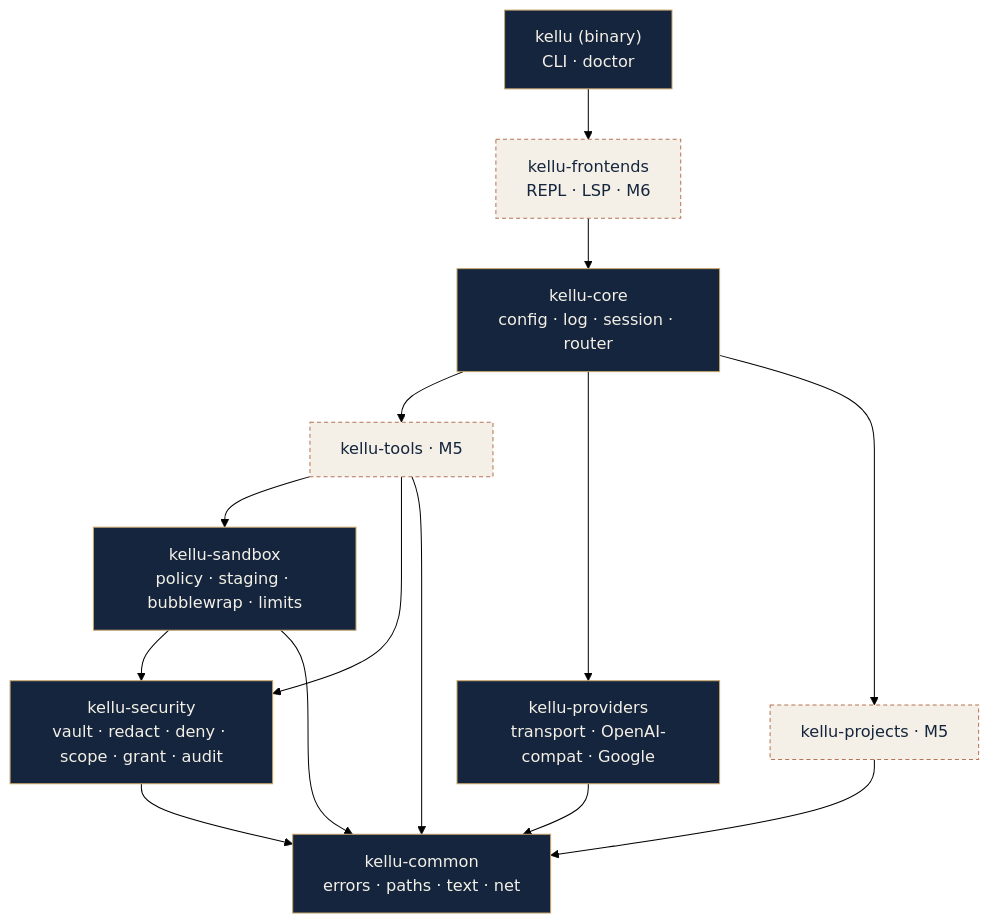
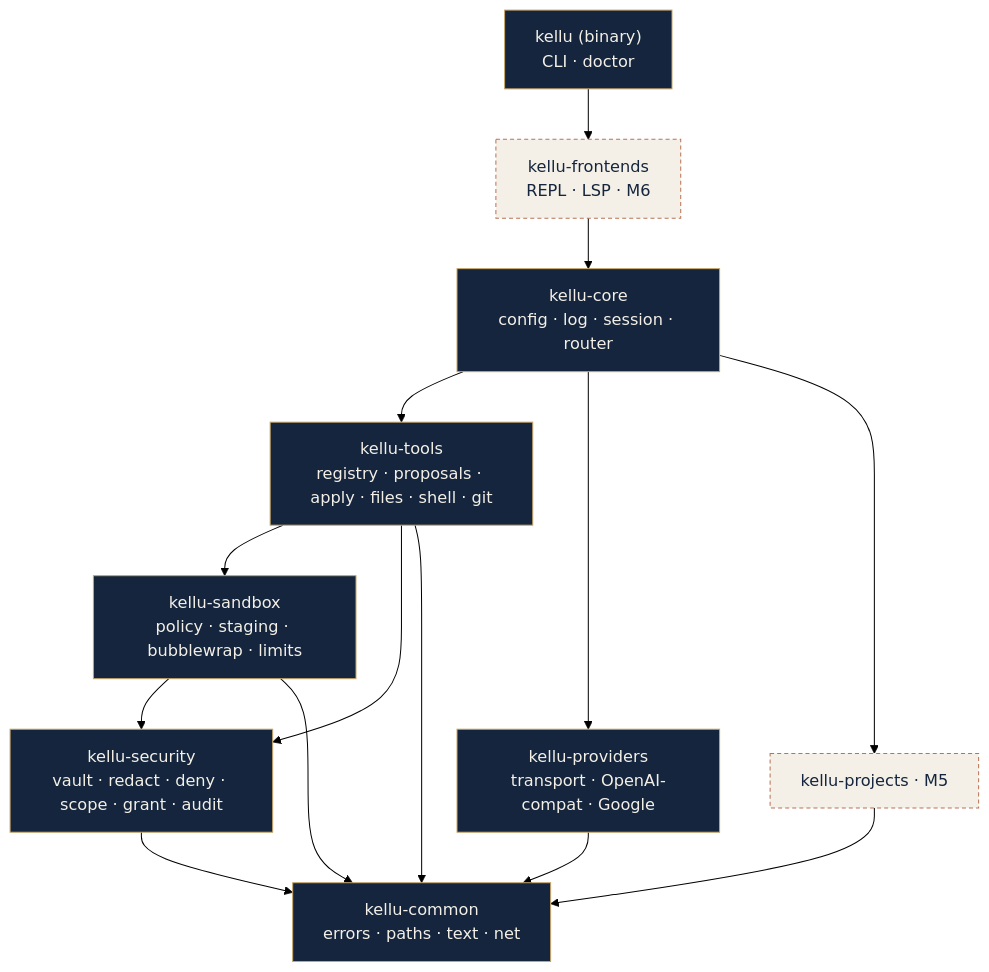
The first of 2 diagrams in docs/ARCHITECTURE.md (drojo72/kellu), drawn with Mermaid (forest theme) before and after one commit. The commit also changed other lines of this file and 36 other files, not shown here.

````diff
--- a/docs/ARCHITECTURE.md
+++ b/docs/ARCHITECTURE.md
@@ -32,21 +32,21 @@
 ```mermaid
 flowchart TD
     bin["kellu (binary)<br/>CLI · doctor"]:::done
     fe["kellu-frontends<br/>REPL · LSP · M6"]:::todo
     core["kellu-core<br/>config · log · session · router"]:::done
-    tools["kellu-tools · M5"]:::todo
+    tools["kellu-tools<br/>registry · proposals · apply · files · shell · git"]:::done
     proj["kellu-projects · M5"]:::todo
     prov["kellu-providers<br/>transport · OpenAI-compat · Google"]:::done
     sbx["kellu-sandbox<br/>policy · staging · bubblewrap · limits"]:::done
     sec["kellu-security<br/>vault · redact · deny · scope · grant · audit"]:::done
     com["kellu-common<br/>errors · paths · text · net"]:::done
     bin --> fe --> core
     core --> tools --> sbx --> sec --> com
     core --> prov --> com
     core --> proj --> com
     tools --> sec
     tools --> com
     sbx --> com
     classDef done fill:#14253D,stroke:#C8A66A,color:#F4F0E7
     classDef todo fill:#F4F0E7,stroke:#B87355,color:#14253D,stroke-dasharray:4 3
 ```
````
